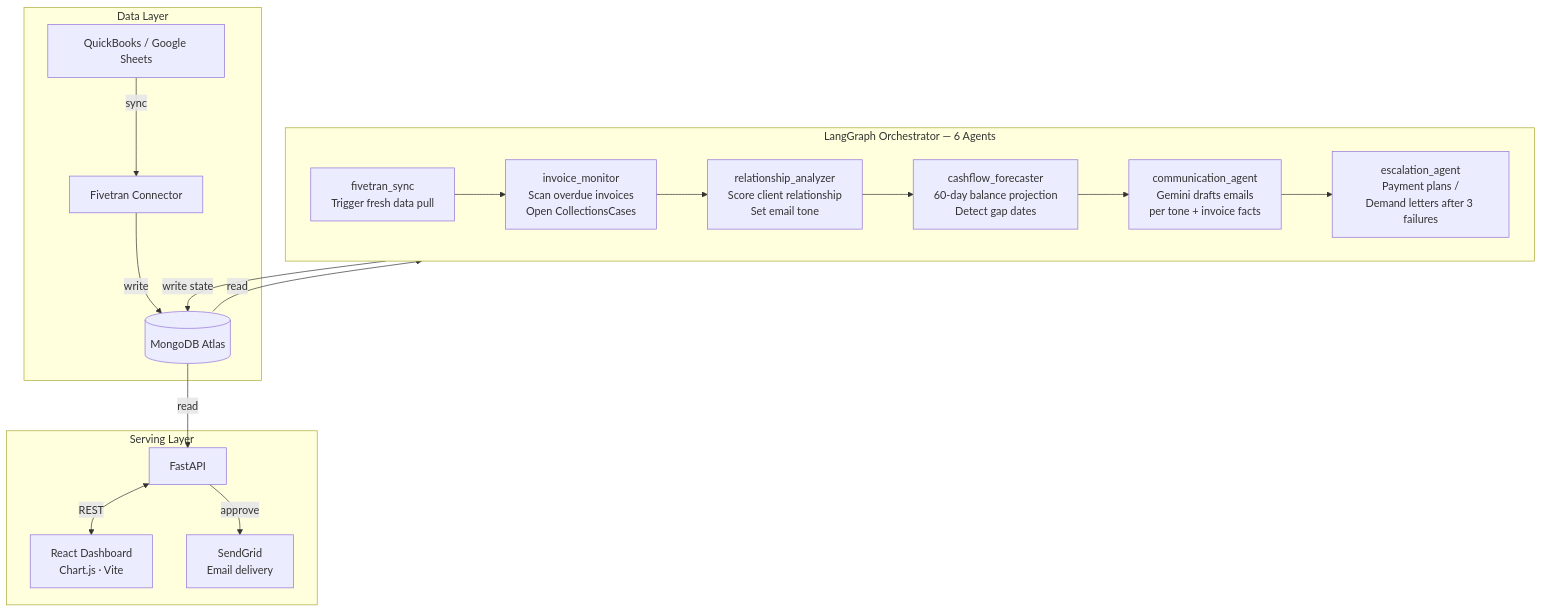
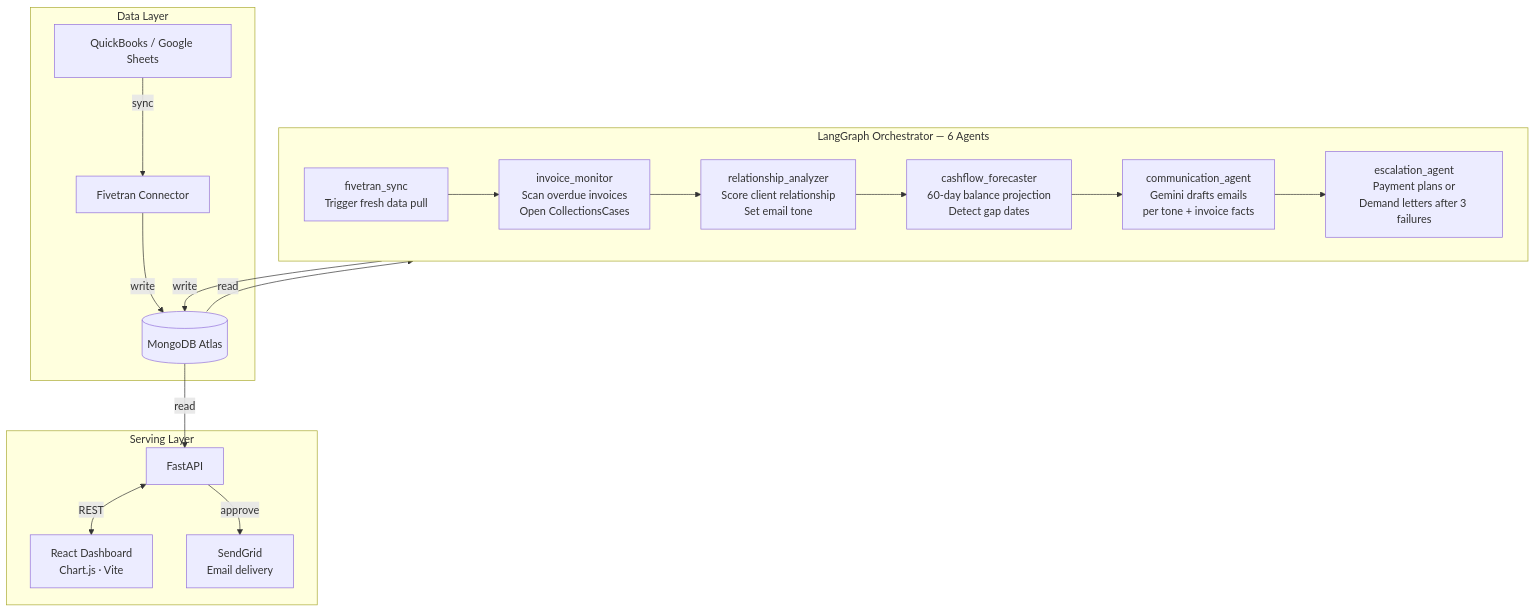
One commit to sivasundharam/cashguard changed the first of 5 diagrams in README.md. Above: the diagram before and after it, drawn with Mermaid. The commit also changed other lines of this file, not shown here.

Commit message:
docs: fix all Mermaid diagrams - use br tags and shorten sequence labels

````diff
--- a/README.md
+++ b/README.md
@@ -17,31 +17,31 @@
 ```mermaid
 flowchart TD
     subgraph Data["Data Layer"]
-        QBO[QuickBooks / Google Sheets]
-        FT[Fivetran Connector]
-        MONGO[(MongoDB Atlas)]
+        QBO["QuickBooks / Google Sheets"]
+        FT["Fivetran Connector"]
+        MONGO[("MongoDB Atlas")]
         QBO -->|sync| FT -->|write| MONGO
     end
 
     subgraph Pipeline["LangGraph Orchestrator — 6 Agents"]
-        A1[fivetran_sync\nTrigger fresh data pull]
-        A2[invoice_monitor\nScan overdue invoices\nOpen CollectionsCases]
-        A3[relationship_analyzer\nScore client relationship\nSet email tone]
-        A4[cashflow_forecaster\n60-day balance projection\nDetect gap dates]
-        A5[communication_agent\nGemini drafts emails\nper tone + invoice facts]
-        A6[escalation_agent\nPayment plans /\nDemand letters after 3 failures]
+        A1["fivetran_sync<br/>Trigger fresh data pull"]
+        A2["invoice_monitor<br/>Scan overdue invoices<br/>Open CollectionsCases"]
+        A3["relationship_analyzer<br/>Score client relationship<br/>Set email tone"]
+        A4["cashflow_forecaster<br/>60-day balance projection<br/>Detect gap dates"]
+        A5["communication_agent<br/>Gemini drafts emails<br/>per tone + invoice facts"]
+        A6["escalation_agent<br/>Payment plans or<br/>Demand letters after 3 failures"]
         A1 --> A2 --> A3 --> A4 --> A5 --> A6
     end
 
     subgraph Serving["Serving Layer"]
-        API[FastAPI]
-        UI[React Dashboard\nChart.js · Vite]
-        SG[SendGrid\nEmail delivery]
+        API["FastAPI"]
+        UI["React Dashboard<br/>Chart.js · Vite"]
+        SG["SendGrid<br/>Email delivery"]
         API <-->|REST| UI
         API -->|approve| SG
     end
 
     MONGO -->|read| Pipeline
-    Pipeline -->|write state| MONGO
+    Pipeline -->|write| MONGO
     MONGO -->|read| API
 ```
````
